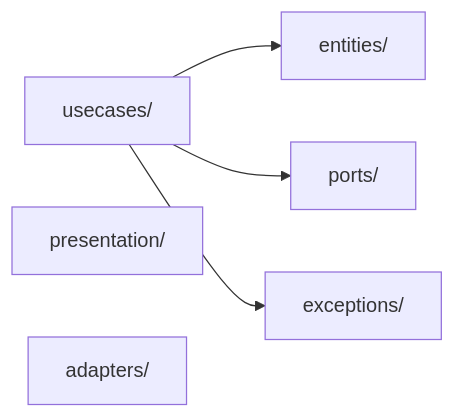
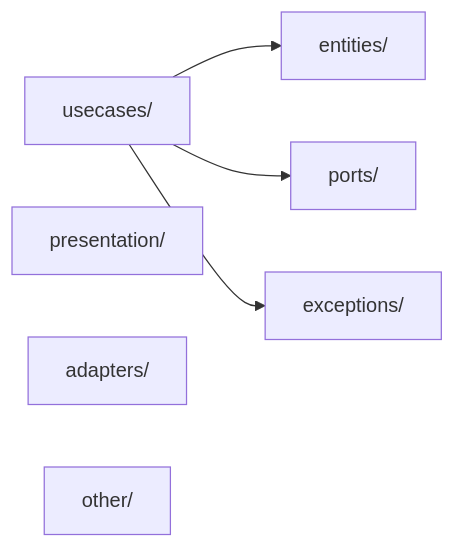
The diagram in rules/flutter/base/lint-rules-diagram.md (JosephNK/jkit-code-plugin), drawn with Mermaid before and after one commit. The commit also changed 25 other files, not shown here.

First line of the commit message:
refactor(architecture_lint): analyzer_plugin → custom_lint_builder 마이그레이션

````diff
--- a/rules/flutter/base/lint-rules-diagram.md
+++ b/rules/flutter/base/lint-rules-diagram.md
@@ -10,12 +10,13 @@
 ```mermaid
 graph LR
   usecases["usecases/"]
   entities["entities/"]
   ports["ports/"]
   exceptions["exceptions/"]
   presentation["presentation/"]
   adapters["adapters/"]
+  other["other/"]
   usecases --> entities
   usecases --> ports
   usecases --> exceptions
 ```
````
